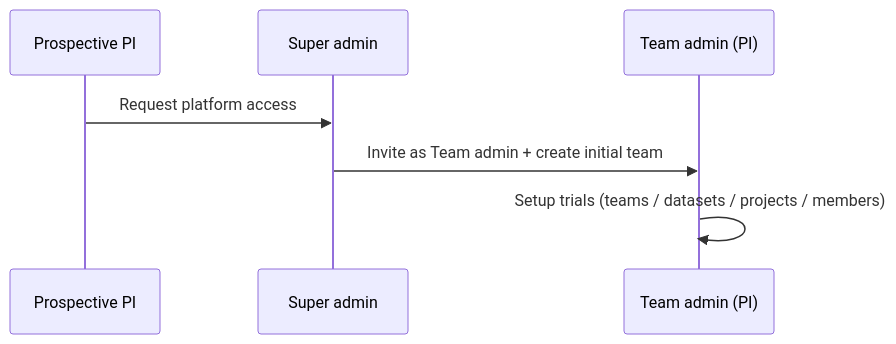
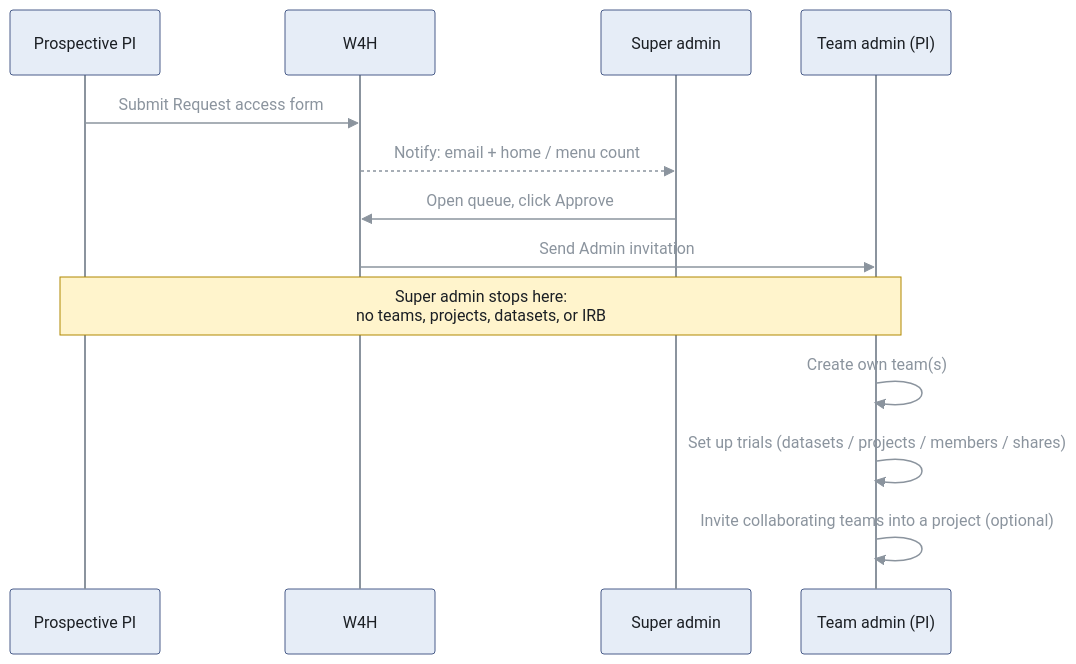
The first of 3 diagrams in dev/mvp.md (USC-InfoLab/w4h-docs), drawn with Mermaid before and after one commit. The commit also changed other lines of this file and 27 other files, not shown here.

````diff
--- a/dev/mvp.md
+++ b/dev/mvp.md
@@ -143,10 +148,21 @@
 ```mermaid
+%%{init: {'theme': 'base', 'themeVariables': {
+  'actorBkg': '#e6edf7', 'actorBorder': '#4a5d8a', 'actorTextColor': '#1b1f24',
+  'actorLineColor': '#8b949e', 'signalColor': '#8b949e', 'signalTextColor': '#8b949e',
+  'noteBkgColor': '#fff4cc', 'noteBorderColor': '#b08800', 'noteTextColor': '#1b1f24'
+}}}%%
 sequenceDiagram
   participant PI as Prospective PI
+  participant API as W4H
   participant SA as Super admin
   participant TA as Team admin (PI)
 
-  PI->>SA: Request platform access
-  SA->>TA: Invite as Team admin + create initial team
-  TA->>TA: Setup trials (teams / datasets / projects / members)
+  PI->>API: Submit Request access form
+  API-->>SA: Notify: email + home / menu count
+  SA->>API: Open queue, click Approve
+  API->>TA: Send Admin invitation
+  Note over PI,TA: Super admin stops here:<br/>no teams, projects, datasets, or IRB
+  TA->>TA: Create own team(s)
+  TA->>TA: Set up trials (datasets / projects / members / shares)
+  TA->>TA: Invite collaborating teams into a project (optional)
 ```
````
